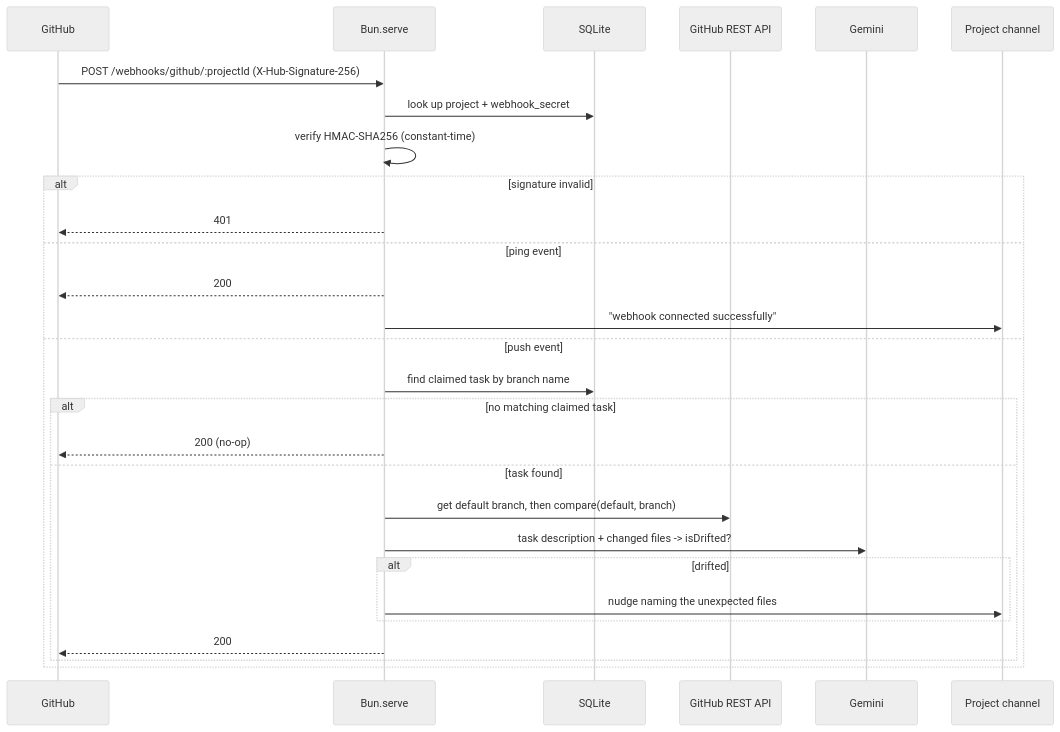
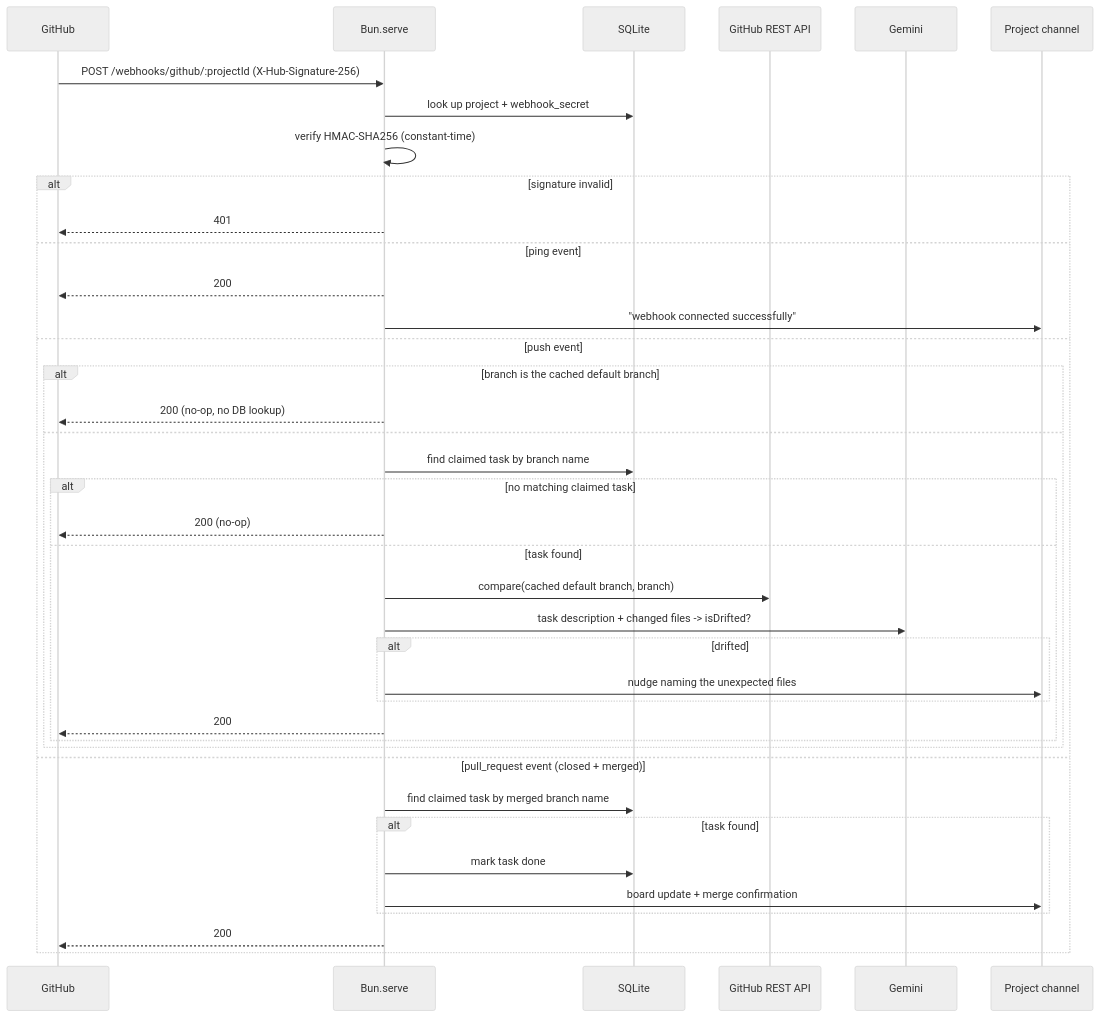
One commit to PratikDev/spud changed the second of 2 diagrams in README.md. Above: the diagram before and after it, drawn with Mermaid (neutral theme). The commit also changed other lines of this file and 7 other files, not shown here.

First line of the commit message:
added auto task close on PR merge support

````diff
--- a/README.md
+++ b/README.md
@@ -76,31 +82,42 @@
 ```mermaid
 sequenceDiagram
     participant GH as GitHub
     participant HTTP as Bun.serve
     participant DB as SQLite
     participant API as GitHub REST API
     participant LLM as Gemini
     participant Discord as Project channel
 
     GH->>HTTP: POST /webhooks/github/:projectId (X-Hub-Signature-256)
     HTTP->>DB: look up project + webhook_secret
     HTTP->>HTTP: verify HMAC-SHA256 (constant-time)
     alt signature invalid
         HTTP-->>GH: 401
     else ping event
         HTTP-->>GH: 200
         HTTP->>Discord: "webhook connected successfully"
     else push event
-        HTTP->>DB: find claimed task by branch name
-        alt no matching claimed task
-            HTTP-->>GH: 200 (no-op)
-        else task found
-            HTTP->>API: get default branch, then compare(default, branch)
-            HTTP->>LLM: task description + changed files -> isDrifted?
-            alt drifted
-                HTTP->>Discord: nudge naming the unexpected files
+        alt branch is the cached default branch
+            HTTP-->>GH: 200 (no-op, no DB lookup)
+        else
+            HTTP->>DB: find claimed task by branch name
+            alt no matching claimed task
+                HTTP-->>GH: 200 (no-op)
+            else task found
+                HTTP->>API: compare(cached default branch, branch)
+                HTTP->>LLM: task description + changed files -> isDrifted?
+                alt drifted
+                    HTTP->>Discord: nudge naming the unexpected files
+                end
+                HTTP-->>GH: 200
             end
-            HTTP-->>GH: 200
         end
+    else pull_request event (closed + merged)
+        HTTP->>DB: find claimed task by merged branch name
+        alt task found
+            HTTP->>DB: mark task done
+            HTTP->>Discord: board update + merge confirmation
+        end
+        HTTP-->>GH: 200
     end
 ```
````
